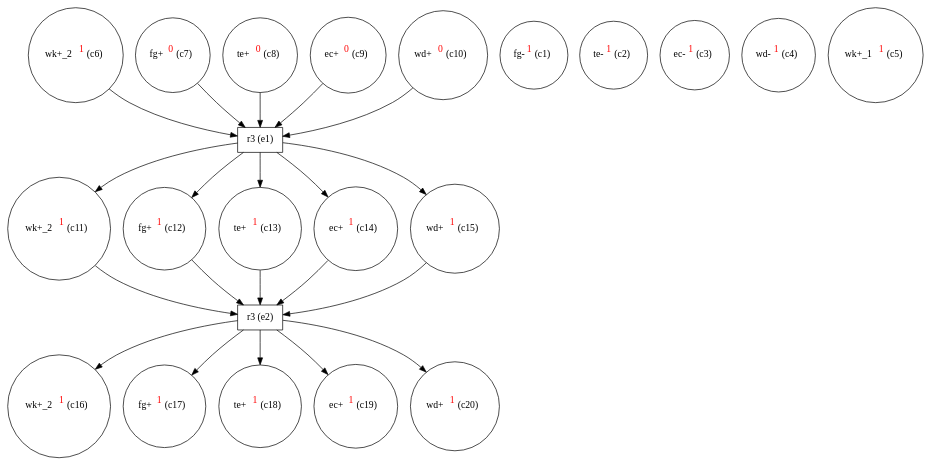
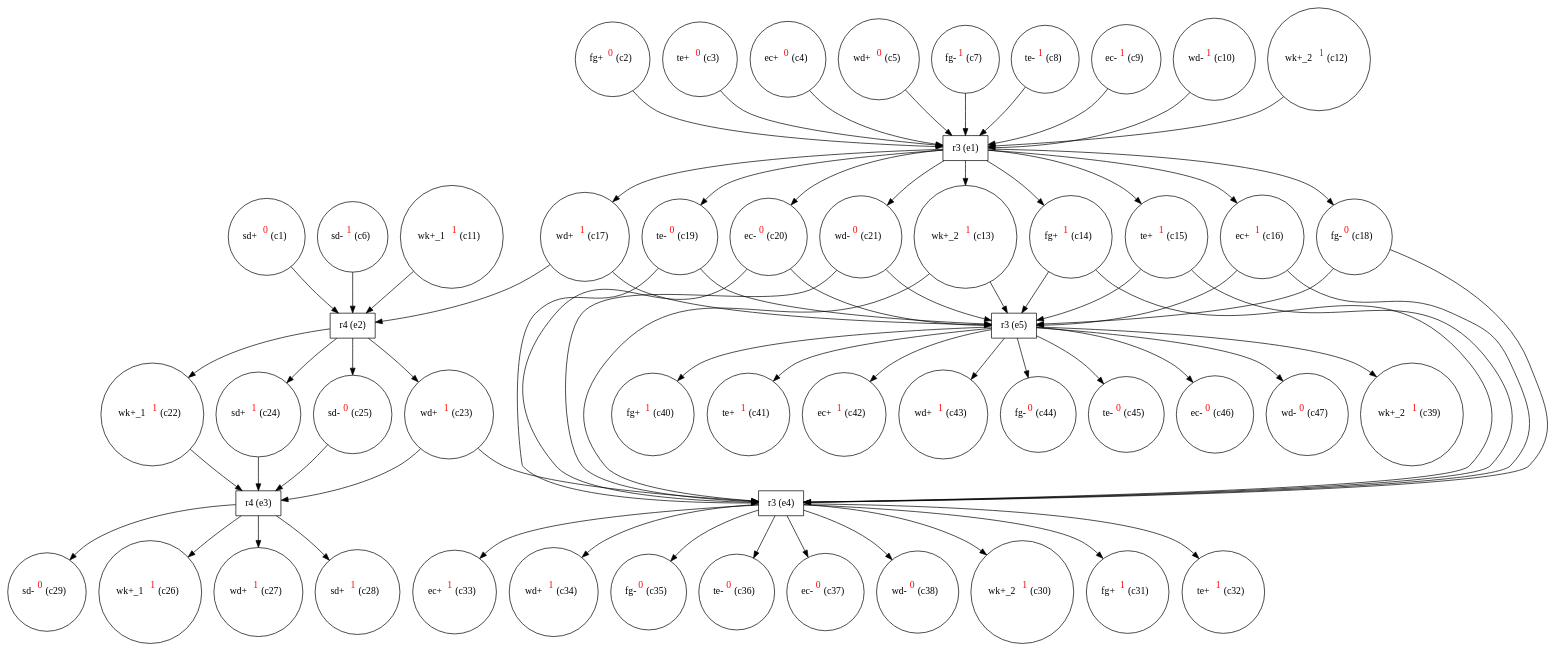
One commit to giannkas/ecofolder changed the diagram in termites_r3_eg.dot. Above: the diagram before and after it, drawn with Graphviz. The commit also changed 18 other files, not shown here.

```diff
--- a/termites_r3_eg.dot
+++ b/termites_r3_eg.dot
@@ -1,44 +1,124 @@
 digraph test {
-  c6 -> e1;
+  c1 -> e2;
+  c2 -> e1;
+  c3 -> e1;
+  c4 -> e1;
+  c5 -> e1;
+  c6 -> e2;
   c7 -> e1;
   c8 -> e1;
   c9 -> e1;
   c10 -> e1;
-  e1 -> c11;
   c11 -> e2;
-  e1 -> c12;
-  c12 -> e2;
+  c12 -> e1;
   e1 -> c13;
-  c13 -> e2;
+  c13 -> e4;
+  c13 -> e5;
   e1 -> c14;
-  c14 -> e2;
+  c14 -> e4;
+  c14 -> e5;
   e1 -> c15;
-  c15 -> e2;
-  e2 -> c16;
-  e2 -> c17;
-  e2 -> c18;
-  e2 -> c19;
-  e2 -> c20;
-  c1 [label= <fg-<FONT COLOR="red"><SUP>1</SUP></FONT>&nbsp;(c1)> shape=circle];
-  c2 [label= <te-<FONT COLOR="red"><SUP>1</SUP></FONT>&nbsp;(c2)> shape=circle];
-  c3 [label= <ec-<FONT COLOR="red"><SUP>1</SUP></FONT>&nbsp;(c3)> shape=circle];
-  c4 [label= <wd-<FONT COLOR="red"><SUP>1</SUP></FONT>&nbsp;(c4)> shape=circle];
-  c5 [label= <wk+_1<FONT COLOR="red"><SUP>1</SUP></FONT>&nbsp;(c5)> shape=circle];
-  c6 [label= <wk+_2<FONT COLOR="red"><SUP>1</SUP></FONT>&nbsp;(c6)> shape=circle];
-  c7 [label= <fg+<FONT COLOR="red"><SUP>0</SUP></FONT>&nbsp;(c7)> shape=circle];
-  c8 [label= <te+<FONT COLOR="red"><SUP>0</SUP></FONT>&nbsp;(c8)> shape=circle];
-  c9 [label= <ec+<FONT COLOR="red"><SUP>0</SUP></FONT>&nbsp;(c9)> shape=circle];
-  c10 [label= <wd+<FONT COLOR="red"><SUP>0</SUP></FONT>&nbsp;(c10)> shape=circle];
-  c11 [label= <wk+_2<FONT COLOR="red"><SUP>1</SUP></FONT>&nbsp;(c11)> shape=circle];
-  c12 [label= <fg+<FONT COLOR="red"><SUP>1</SUP></FONT>&nbsp;(c12)> shape=circle];
-  c13 [label= <te+<FONT COLOR="red"><SUP>1</SUP></FONT>&nbsp;(c13)> shape=circle];
-  c14 [label= <ec+<FONT COLOR="red"><SUP>1</SUP></FONT>&nbsp;(c14)> shape=circle];
-  c15 [label= <wd+<FONT COLOR="red"><SUP>1</SUP></FONT>&nbsp;(c15)> shape=circle];
-  c16 [label= <wk+_2<FONT COLOR="red"><SUP>1</SUP></FONT>&nbsp;(c16)> shape=circle];
-  c17 [label= <fg+<FONT COLOR="red"><SUP>1</SUP></FONT>&nbsp;(c17)> shape=circle];
-  c18 [label= <te+<FONT COLOR="red"><SUP>1</SUP></FONT>&nbsp;(c18)> shape=circle];
-  c19 [label= <ec+<FONT COLOR="red"><SUP>1</SUP></FONT>&nbsp;(c19)> shape=circle];
-  c20 [label= <wd+<FONT COLOR="red"><SUP>1</SUP></FONT>&nbsp;(c20)> shape=circle];
+  c15 -> e4;
+  c15 -> e5;
+  e1 -> c16;
+  c16 -> e4;
+  c16 -> e5;
+  e1 -> c17;
+  c17 -> e2;
+  c17 -> e5;
+  e1 -> c18;
+  c18 -> e4;
+  c18 -> e5;
+  e1 -> c19;
+  c19 -> e4;
+  c19 -> e5;
+  e1 -> c20;
+  c20 -> e4;
+  c20 -> e5;
+  e1 -> c21;
+  c21 -> e4;
+  c21 -> e5;
+  e2 -> c22;
+  c22 -> e3;
+  e2 -> c23;
+  c23 -> e3;
+  c23 -> e4;
+  e2 -> c24;
+  c24 -> e3;
+  e2 -> c25;
+  c25 -> e3;
+  e3 -> c26;
+  e3 -> c27;
+  e3 -> c28;
+  e3 -> c29;
+  e4 -> c30;
+  e4 -> c31;
+  e4 -> c32;
+  e4 -> c33;
+  e4 -> c34;
+  e4 -> c35;
+  e4 -> c36;
+  e4 -> c37;
+  e4 -> c38;
+  e5 -> c39;
+  e5 -> c40;
+  e5 -> c41;
+  e5 -> c42;
+  e5 -> c43;
+  e5 -> c44;
+  e5 -> c45;
+  e5 -> c46;
+  e5 -> c47;
+  c1 [label= <sd+<FONT COLOR="red"><SUP>0</SUP></FONT>&nbsp;(c1)> shape=circle];
+  c2 [label= <fg+<FONT COLOR="red"><SUP>0</SUP></FONT>&nbsp;(c2)> shape=circle];
+  c3 [label= <te+<FONT COLOR="red"><SUP>0</SUP></FONT>&nbsp;(c3)> shape=circle];
+  c4 [label= <ec+<FONT COLOR="red"><SUP>0</SUP></FONT>&nbsp;(c4)> shape=circle];
+  c5 [label= <wd+<FONT COLOR="red"><SUP>0</SUP></FONT>&nbsp;(c5)> shape=circle];
+  c6 [label= <sd-<FONT COLOR="red"><SUP>1</SUP></FONT>&nbsp;(c6)> shape=circle];
+  c7 [label= <fg-<FONT COLOR="red"><SUP>1</SUP></FONT>&nbsp;(c7)> shape=circle];
+  c8 [label= <te-<FONT COLOR="red"><SUP>1</SUP></FONT>&nbsp;(c8)> shape=circle];
+  c9 [label= <ec-<FONT COLOR="red"><SUP>1</SUP></FONT>&nbsp;(c9)> shape=circle];
+  c10 [label= <wd-<FONT COLOR="red"><SUP>1</SUP></FONT>&nbsp;(c10)> shape=circle];
+  c11 [label= <wk+_1<FONT COLOR="red"><SUP>1</SUP></FONT>&nbsp;(c11)> shape=circle];
+  c12 [label= <wk+_2<FONT COLOR="red"><SUP>1</SUP></FONT>&nbsp;(c12)> shape=circle];
+  c13 [label= <wk+_2<FONT COLOR="red"><SUP>1</SUP></FONT>&nbsp;(c13)> shape=circle];
+  c14 [label= <fg+<FONT COLOR="red"><SUP>1</SUP></FONT>&nbsp;(c14)> shape=circle];
+  c15 [label= <te+<FONT COLOR="red"><SUP>1</SUP></FONT>&nbsp;(c15)> shape=circle];
+  c16 [label= <ec+<FONT COLOR="red"><SUP>1</SUP></FONT>&nbsp;(c16)> shape=circle];
+  c17 [label= <wd+<FONT COLOR="red"><SUP>1</SUP></FONT>&nbsp;(c17)> shape=circle];
+  c18 [label= <fg-<FONT COLOR="red"><SUP>0</SUP></FONT>&nbsp;(c18)> shape=circle];
+  c19 [label= <te-<FONT COLOR="red"><SUP>0</SUP></FONT>&nbsp;(c19)> shape=circle];
+  c20 [label= <ec-<FONT COLOR="red"><SUP>0</SUP></FONT>&nbsp;(c20)> shape=circle];
+  c21 [label= <wd-<FONT COLOR="red"><SUP>0</SUP></FONT>&nbsp;(c21)> shape=circle];
+  c22 [label= <wk+_1<FONT COLOR="red"><SUP>1</SUP></FONT>&nbsp;(c22)> shape=circle];
+  c23 [label= <wd+<FONT COLOR="red"><SUP>1</SUP></FONT>&nbsp;(c23)> shape=circle];
+  c24 [label= <sd+<FONT COLOR="red"><SUP>1</SUP></FONT>&nbsp;(c24)> shape=circle];
+  c25 [label= <sd-<FONT COLOR="red"><SUP>0</SUP></FONT>&nbsp;(c25)> shape=circle];
+  c26 [label= <wk+_1<FONT COLOR="red"><SUP>1</SUP></FONT>&nbsp;(c26)> shape=circle];
+  c27 [label= <wd+<FONT COLOR="red"><SUP>1</SUP></FONT>&nbsp;(c27)> shape=circle];
+  c28 [label= <sd+<FONT COLOR="red"><SUP>1</SUP></FONT>&nbsp;(c28)> shape=circle];
+  c29 [label= <sd-<FONT COLOR="red"><SUP>0</SUP></FONT>&nbsp;(c29)> shape=circle];
+  c30 [label= <wk+_2<FONT COLOR="red"><SUP>1</SUP></FONT>&nbsp;(c30)> shape=circle];
+  c31 [label= <fg+<FONT COLOR="red"><SUP>1</SUP></FONT>&nbsp;(c31)> shape=circle];
+  c32 [label= <te+<FONT COLOR="red"><SUP>1</SUP></FONT>&nbsp;(c32)> shape=circle];
+  c33 [label= <ec+<FONT COLOR="red"><SUP>1</SUP></FONT>&nbsp;(c33)> shape=circle];
+  c34 [label= <wd+<FONT COLOR="red"><SUP>1</SUP></FONT>&nbsp;(c34)> shape=circle];
+  c35 [label= <fg-<FONT COLOR="red"><SUP>0</SUP></FONT>&nbsp;(c35)> shape=circle];
+  c36 [label= <te-<FONT COLOR="red"><SUP>0</SUP></FONT>&nbsp;(c36)> shape=circle];
+  c37 [label= <ec-<FONT COLOR="red"><SUP>0</SUP></FONT>&nbsp;(c37)> shape=circle];
+  c38 [label= <wd-<FONT COLOR="red"><SUP>0</SUP></FONT>&nbsp;(c38)> shape=circle];
+  c39 [label= <wk+_2<FONT COLOR="red"><SUP>1</SUP></FONT>&nbsp;(c39)> shape=circle];
+  c40 [label= <fg+<FONT COLOR="red"><SUP>1</SUP></FONT>&nbsp;(c40)> shape=circle];
+  c41 [label= <te+<FONT COLOR="red"><SUP>1</SUP></FONT>&nbsp;(c41)> shape=circle];
+  c42 [label= <ec+<FONT COLOR="red"><SUP>1</SUP></FONT>&nbsp;(c42)> shape=circle];
+  c43 [label= <wd+<FONT COLOR="red"><SUP>1</SUP></FONT>&nbsp;(c43)> shape=circle];
+  c44 [label= <fg-<FONT COLOR="red"><SUP>0</SUP></FONT>&nbsp;(c44)> shape=circle];
+  c45 [label= <te-<FONT COLOR="red"><SUP>0</SUP></FONT>&nbsp;(c45)> shape=circle];
+  c46 [label= <ec-<FONT COLOR="red"><SUP>0</SUP></FONT>&nbsp;(c46)> shape=circle];
+  c47 [label= <wd-<FONT COLOR="red"><SUP>0</SUP></FONT>&nbsp;(c47)> shape=circle];
   e1 [label="r3 (e1)" shape=box];
-  e2 [label="r3 (e2)" shape=box];
+  e2 [label="r4 (e2)" shape=box];
+  e3 [label="r4 (e3)" shape=box];
+  e4 [label="r3 (e4)" shape=box];
+  e5 [label="r3 (e5)" shape=box];
 }
```
